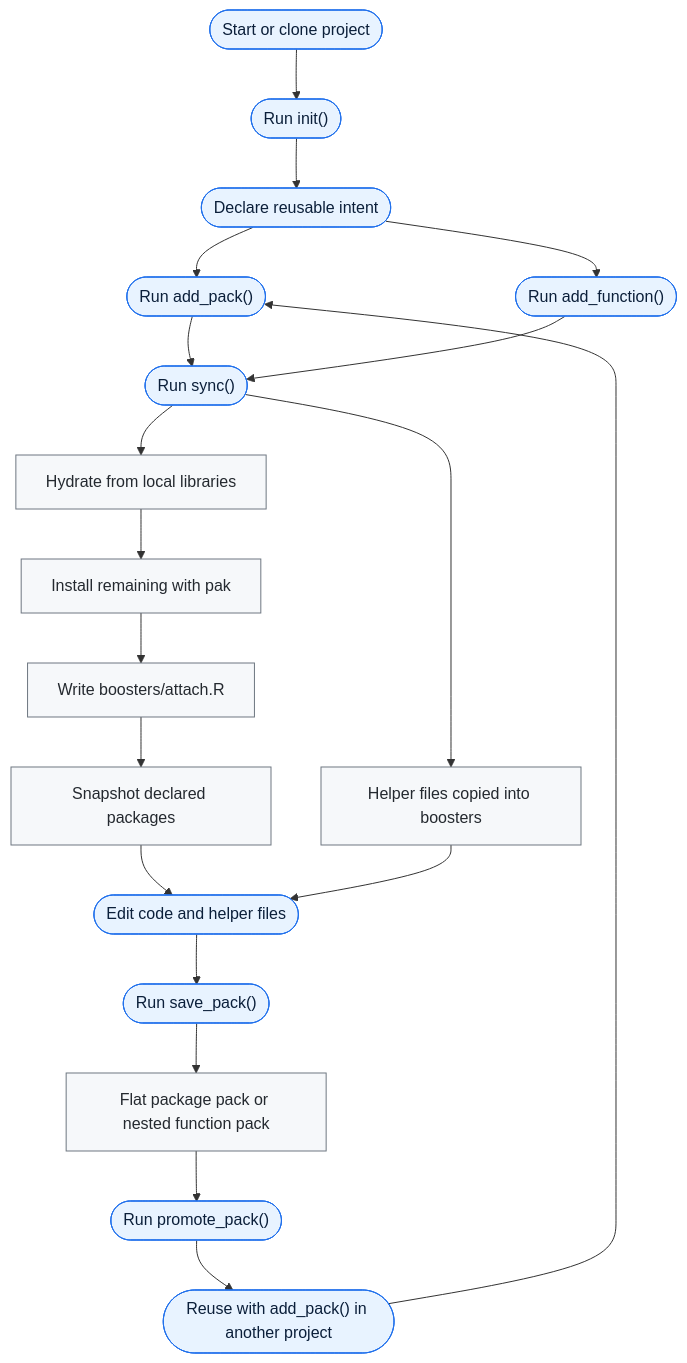
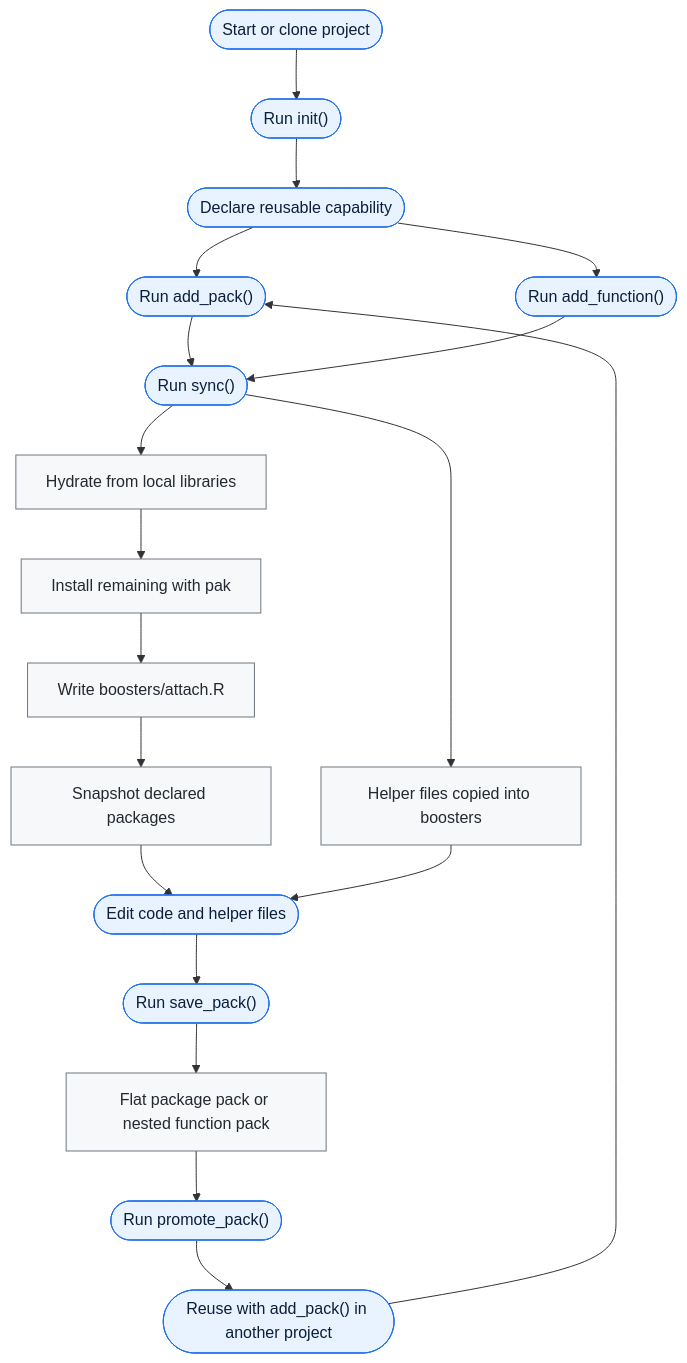
One commit to seanthimons/boosterpak changed the diagram in README.md. Above: the diagram before and after it, drawn with Mermaid. The commit also changed other lines of this file and 5 other files, not shown here.

````diff
--- a/README.md
+++ b/README.md
@@ -35,26 +39,26 @@
 ```mermaid
 flowchart TD
   A([Start or clone project]) --> B(["Run init()"])
-  B --> C([Declare reusable intent])
+  B --> C([Declare reusable capability])
   C --> D(["Run add_pack()"])
   C --> E(["Run add_function()"])
   D --> F(["Run sync()"])
   E --> F
   F --> G[Hydrate from local libraries]
   G --> H[Install remaining with pak]
   H --> A1[Write boosters/attach.R]
   A1 --> I[Snapshot declared packages]
   F --> J[Helper files copied into boosters]
   I --> K([Edit code and helper files])
   J --> K
   K --> L(["Run save_pack()"])
   L --> M[Flat package pack or nested function pack]
   M --> N(["Run promote_pack()"])
   N --> O(["Reuse with add_pack() in another project"])
   O --> D
 
   classDef userAction fill:#e8f3ff,stroke:#1f6feb,color:#0b1f3a;
   classDef packageAction fill:#f6f8fa,stroke:#6e7781,color:#24292f;
   class A,B,C,D,E,F,K,L,N,O userAction;
   class G,H,A1,I,J,M packageAction;
 ```
````
